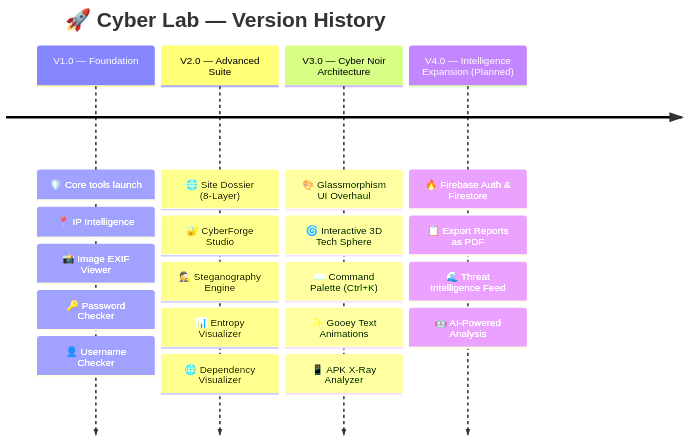
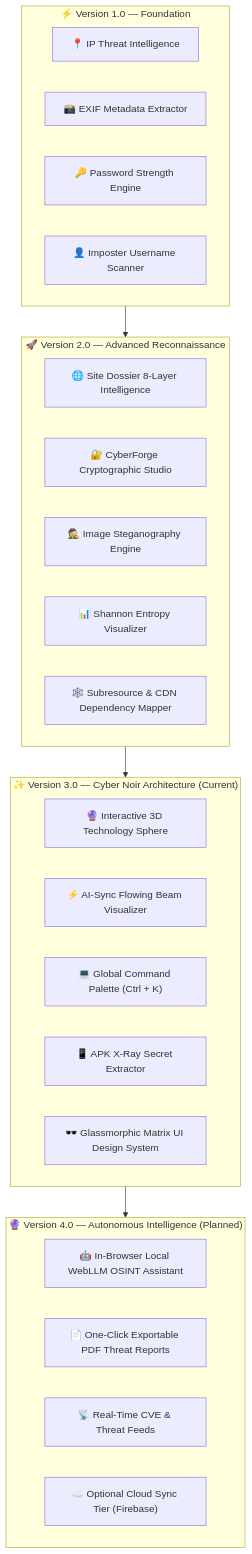
The sixth of 8 diagrams in README.md (Ab-aswini/Aswini--mini-security-tool-portfolio), drawn with Mermaid before and after one commit. The commit also changed other lines of this file, not shown here.

Commit message:
docs: resolve rich display rendering errors and polish Mermaid architecture diagrams

````diff
--- a/README.md
+++ b/README.md
@@ -270,27 +270,34 @@
 ```mermaid
-timeline
-    title 🚀 Cyber Lab — Version History
-    V1.0 — Foundation
-        : 🛡️ Core tools launch
-        : 📍 IP Intelligence
-        : 📸 Image EXIF Viewer
-        : 🔑 Password Checker
-        : 👤 Username Checker
-    V2.0 — Advanced Suite
-        : 🌐 Site Dossier (8-Layer)
-        : 🔐 CyberForge Studio
-        : 🕵️ Steganography Engine
-        : 📊 Entropy Visualizer
-        : 🌐 Dependency Visualizer
-    V3.0 — Cyber Noir Architecture
-        : 🎨 Glassmorphism UI Overhaul
-        : 🌀 Interactive 3D Tech Sphere
-        : ⌨️ Command Palette (Ctrl+K)
-        : ✨ Gooey Text Animations
-        : 📱 APK X-Ray Analyzer
-    V4.0 — Intelligence Expansion (Planned)
-        : 🔥 Firebase Auth & Firestore
-        : 📋 Export Reports as PDF
-        : 🌊 Threat Intelligence Feed
-        : 🤖 AI-Powered Analysis
+flowchart TD
+    subgraph V1["⚡ Version 1.0 — Foundation"]
+        V1_1["📍 IP Threat Intelligence"]
+        V1_2["📸 EXIF Metadata Extractor"]
+        V1_3["🔑 Password Strength Engine"]
+        V1_4["👤 Imposter Username Scanner"]
+    end
+
+    subgraph V2["🚀 Version 2.0 — Advanced Reconnaissance"]
+        V2_1["🌐 Site Dossier 8-Layer Intelligence"]
+        V2_2["🔐 CyberForge Cryptographic Studio"]
+        V2_3["🕵️ Image Steganography Engine"]
+        V2_4["📊 Shannon Entropy Visualizer"]
+        V2_5["🕸️ Subresource & CDN Dependency Mapper"]
+    end
+
+    subgraph V3["✨ Version 3.0 — Cyber Noir Architecture (Current)"]
+        V3_1["🔮 Interactive 3D Technology Sphere"]
+        V3_2["⚡ AI-Sync Flowing Beam Visualizer"]
+        V3_3["💻 Global Command Palette (Ctrl + K)"]
+        V3_4["📱 APK X-Ray Secret Extractor"]
+        V3_5["🕶️ Glassmorphic Matrix UI Design System"]
+    end
+
+    subgraph V4["🔮 Version 4.0 — Autonomous Intelligence (Planned)"]
+        V4_1["🤖 In-Browser Local WebLLM OSINT Assistant"]
+        V4_2["📄 One-Click Exportable PDF Threat Reports"]
+        V4_3["📡 Real-Time CVE & Threat Feeds"]
+        V4_4["☁️ Optional Cloud Sync Tier (Firebase)"]
+    end
+
+    V1 --> V2 --> V3 --> V4
 ```
````
